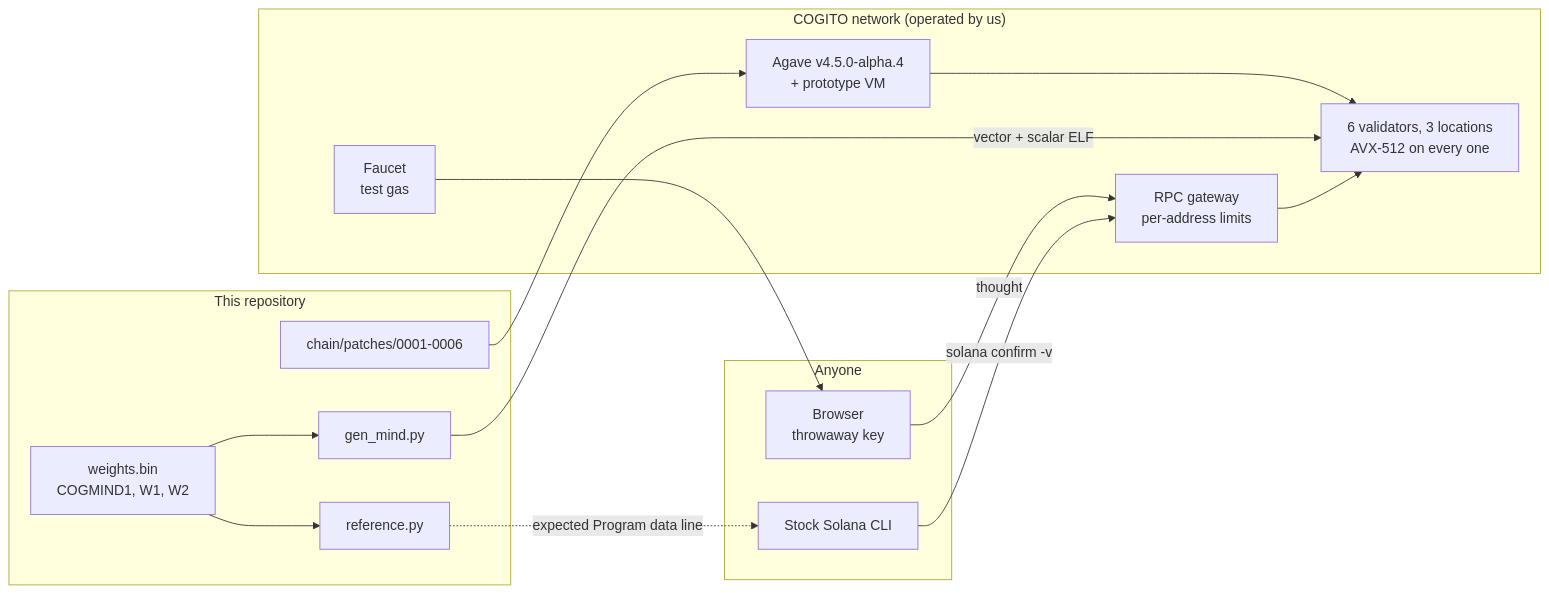
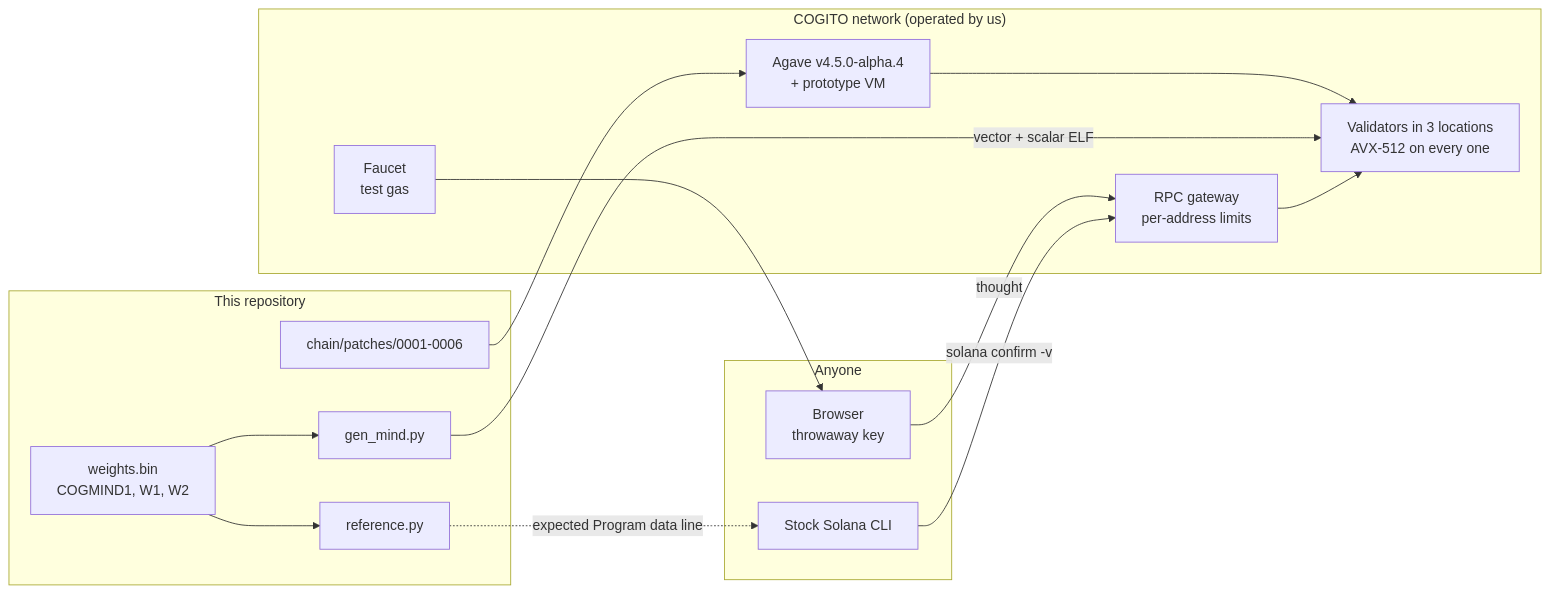
Before and after one commit to cogitochain/cogito: the first of 4 diagrams in README.md, drawn with Mermaid. The commit also changed other lines of this file and 1 other file, not shown here.

Commit message:
Clarify benchmark topology and the source of the public history

````diff
--- a/README.md
+++ b/README.md
@@ -38,26 +38,26 @@
 ```mermaid
 flowchart LR
   subgraph Repo["This repository"]
     W["weights.bin<br/>COGMIND1, W1, W2"]
     G["gen_mind.py"]
     R["reference.py"]
     P["chain/patches/0001-0006"]
   end
   subgraph Net["COGITO network (operated by us)"]
     A["Agave v4.5.0-alpha.4<br/>+ prototype VM"]
-    V["6 validators, 3 locations<br/>AVX-512 on every one"]
+    V["Validators in 3 locations<br/>AVX-512 on every one"]
     GW["RPC gateway<br/>per-address limits"]
     F["Faucet<br/>test gas"]
   end
   subgraph Users["Anyone"]
     B["Browser<br/>throwaway key"]
     CLI["Stock Solana CLI"]
   end
   P --> A --> V
   W --> G -->|vector + scalar ELF| V
   W --> R
   B -->|thought| GW --> V
   F --> B
   CLI -->|solana confirm -v| GW
   R -.->|expected Program data line| CLI
 ```
````
